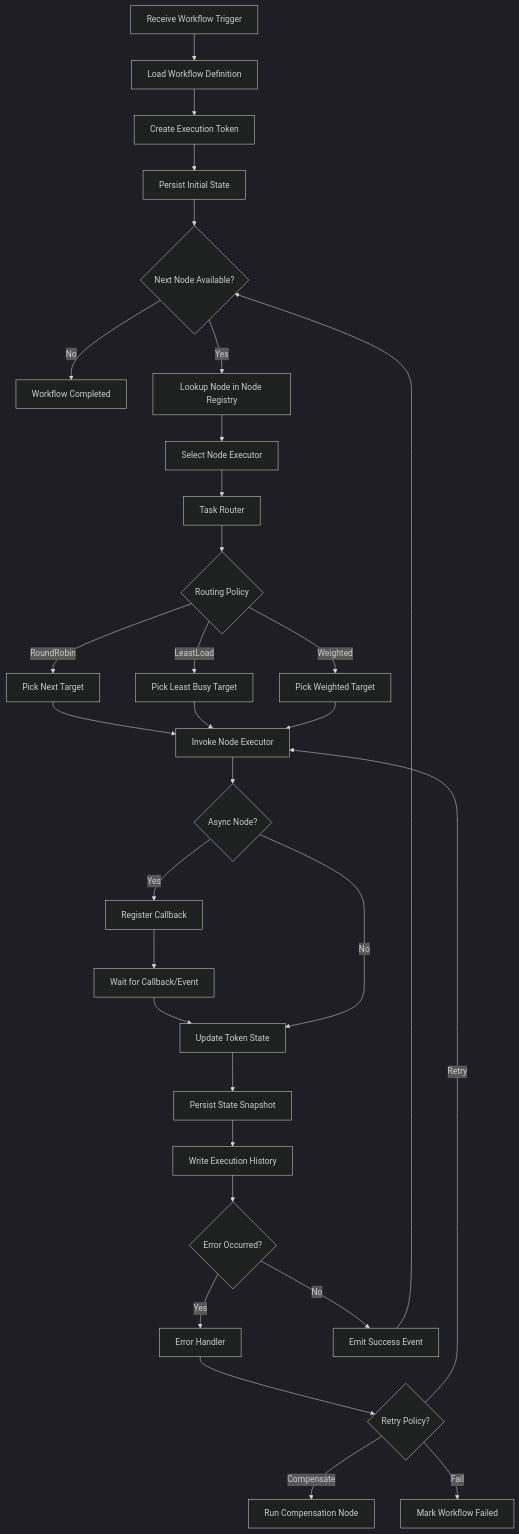
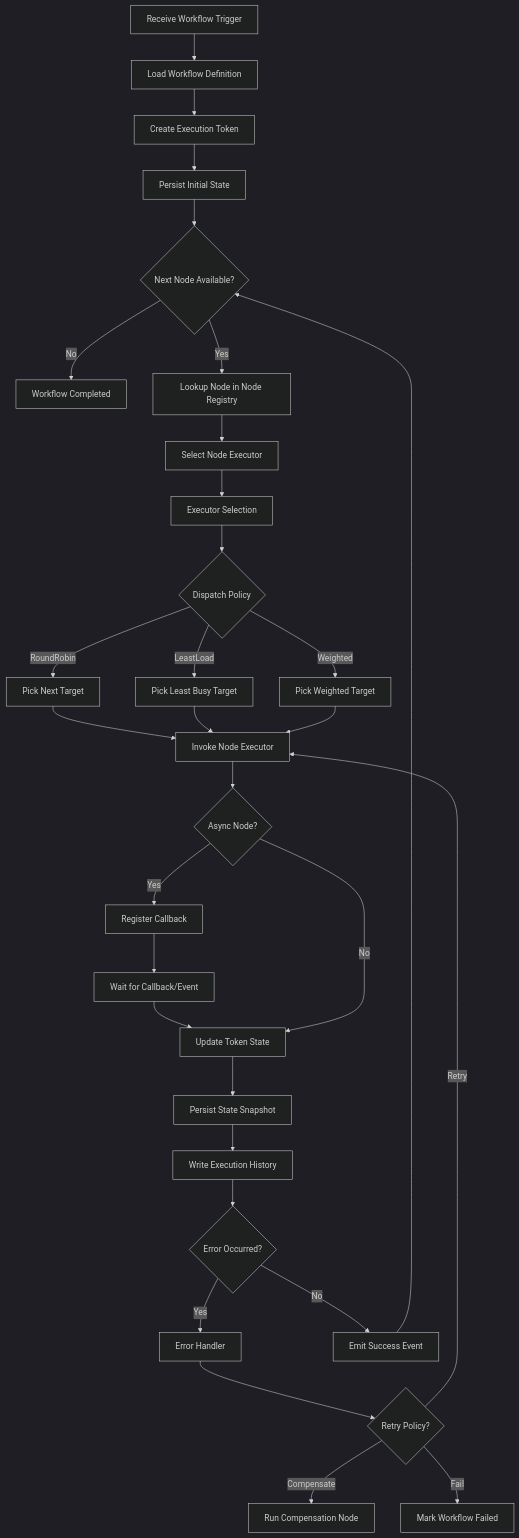
One commit to bhangun/wayang changed the second of 6 diagrams in docs/2-gamelan-architecture.md. Above: the diagram before and after it, drawn with Mermaid (dark theme). The commit also changed other lines of this file and 3 other files, not shown here.

````diff
--- a/docs/2-gamelan-architecture.md
+++ b/docs/2-gamelan-architecture.md
@@ -134,50 +134,50 @@
 ```mermaid
 flowchart TD
     A[Receive Workflow Trigger] --> B[Load Workflow Definition]
 
     B --> C[Create Execution Token]
     C --> D[Persist Initial State]
 
     D --> E{Next Node Available?}
 
     E -- No --> Z[Workflow Completed]
 
     E -- Yes --> F[Lookup Node in Node Registry]
 
     F --> G[Select Node Executor]
 
-    G --> H[Task Router]
+    G --> H[Executor Selection]
 
-    H --> I{Routing Policy}
+    H --> I{Dispatch Policy}
     I -- RoundRobin --> I1[Pick Next Target]
     I -- LeastLoad --> I2[Pick Least Busy Target]
     I -- Weighted --> I3[Pick Weighted Target]
 
     I1 --> J[Invoke Node Executor]
     I2 --> J
     I3 --> J
 
     J --> K{Async Node?}
 
     K -- Yes --> L[Register Callback]
     L --> M[Wait for Callback/Event]
     M --> N[Update Token State]
 
     K -- No --> N[Update Token State]
 
     N --> O[Persist State Snapshot]
     O --> P[Write Execution History]
 
     P --> Q{Error Occurred?}
 
     Q -- Yes --> R[Error Handler]
     R --> S{Retry Policy?}
 
     S -- Retry --> J
     S -- Compensate --> T[Run Compensation Node]
     S -- Fail --> U[Mark Workflow Failed]
 
     Q -- No --> V[Emit Success Event]
 
     V --> E
 ```
````
